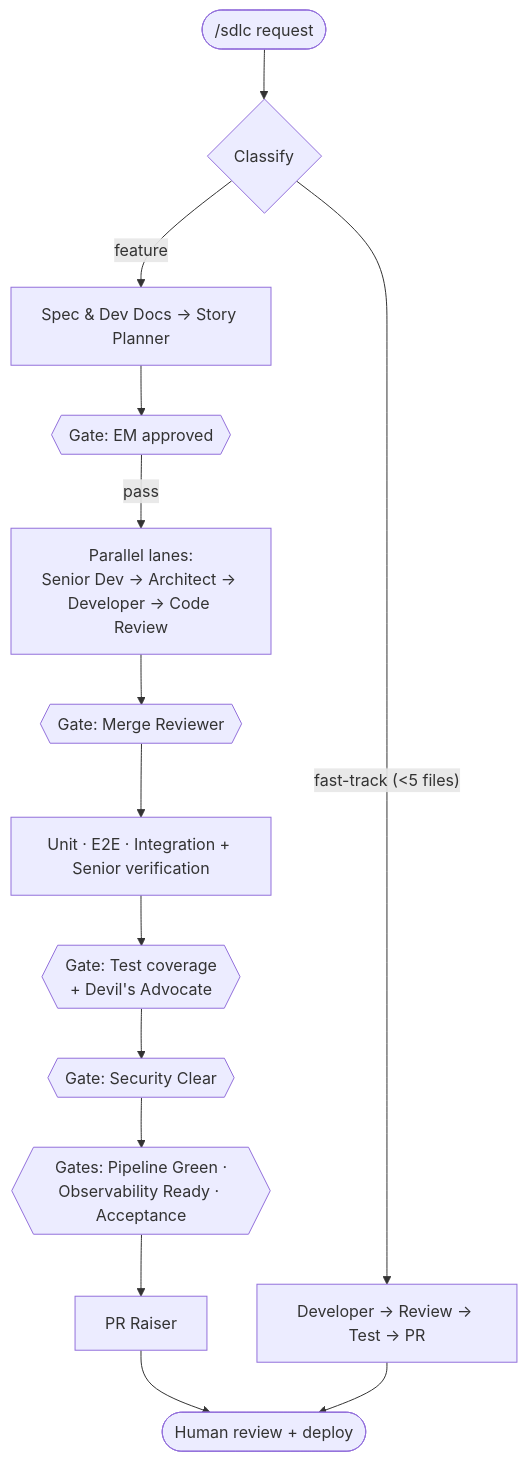
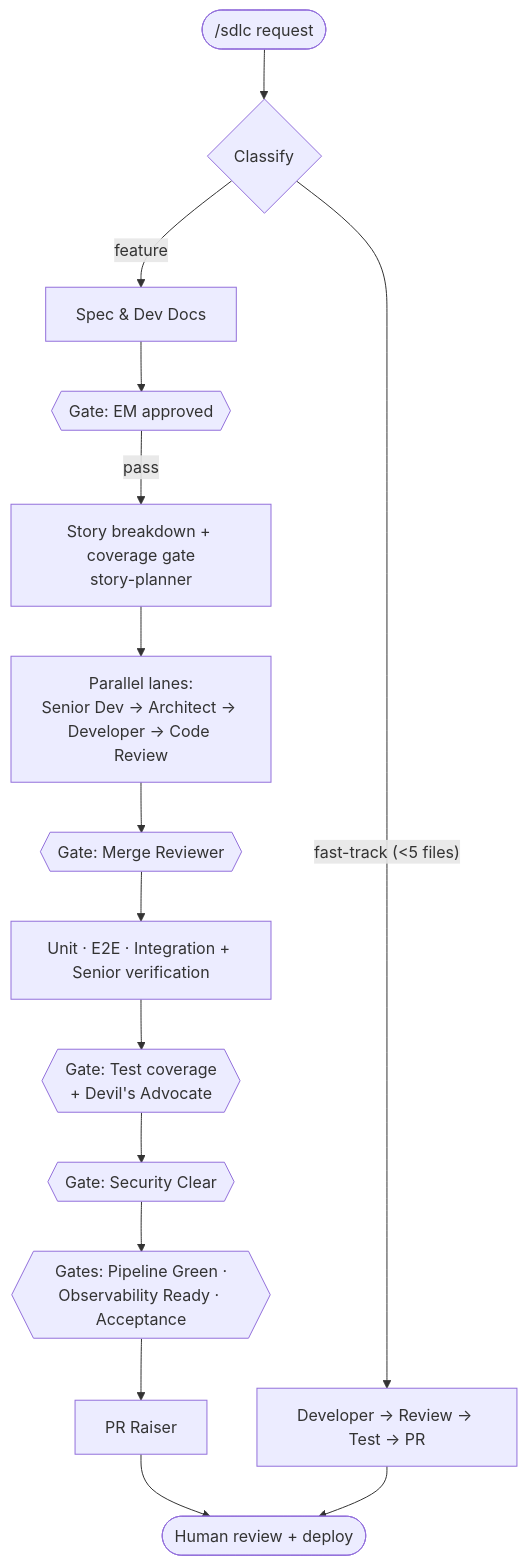
The second of 2 diagrams in README.md (ajyadav013/claude-kit), drawn with Mermaid before and after one commit. The commit also changed other lines of this file and 15 other files, not shown here.

````diff
--- a/README.md
+++ b/README.md
@@ -171,14 +171,15 @@
 ```mermaid
 flowchart TD
     REQ(["/sdlc request"]) --> CLS{"Classify"}
-    CLS -->|"feature"| SPEC["Spec & Dev Docs → Story Planner"]
+    CLS -->|"feature"| SPEC["Spec & Dev Docs"]
     SPEC --> EM{{"Gate: EM approved"}}
-    EM -->|"pass"| LANES["Parallel lanes:<br/>Senior Dev → Architect → Developer → Code Review"]
+    EM -->|"pass"| STORY["Story breakdown + coverage gate<br/>story-planner"]
+    STORY --> LANES["Parallel lanes:<br/>Senior Dev → Architect → Developer → Code Review"]
     LANES --> MR{{"Gate: Merge Reviewer"}}
     MR --> TEST["Unit · E2E · Integration + Senior verification"]
     TEST --> TCG{{"Gate: Test coverage<br/>+ Devil's Advocate"}}
     TCG --> SEC{{"Gate: Security Clear"}}
     SEC --> OPS{{"Gates: Pipeline Green ·<br/>Observability Ready · Acceptance"}}
     OPS --> PR["PR Raiser"] --> HUMAN(["Human review + deploy"])
     CLS -->|"fast-track (<5 files)"| FT["Developer → Review → Test → PR"] --> HUMAN
 ```
````
